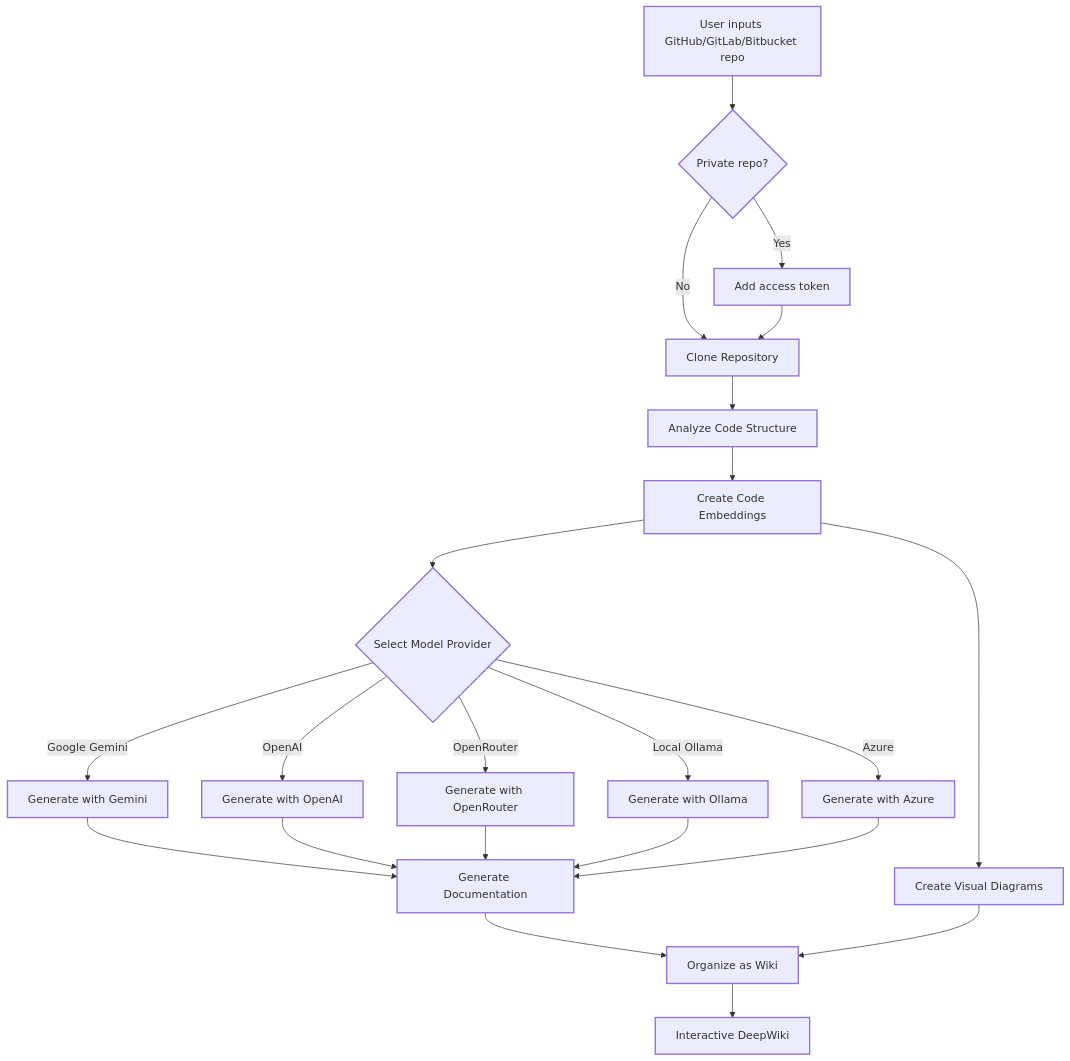
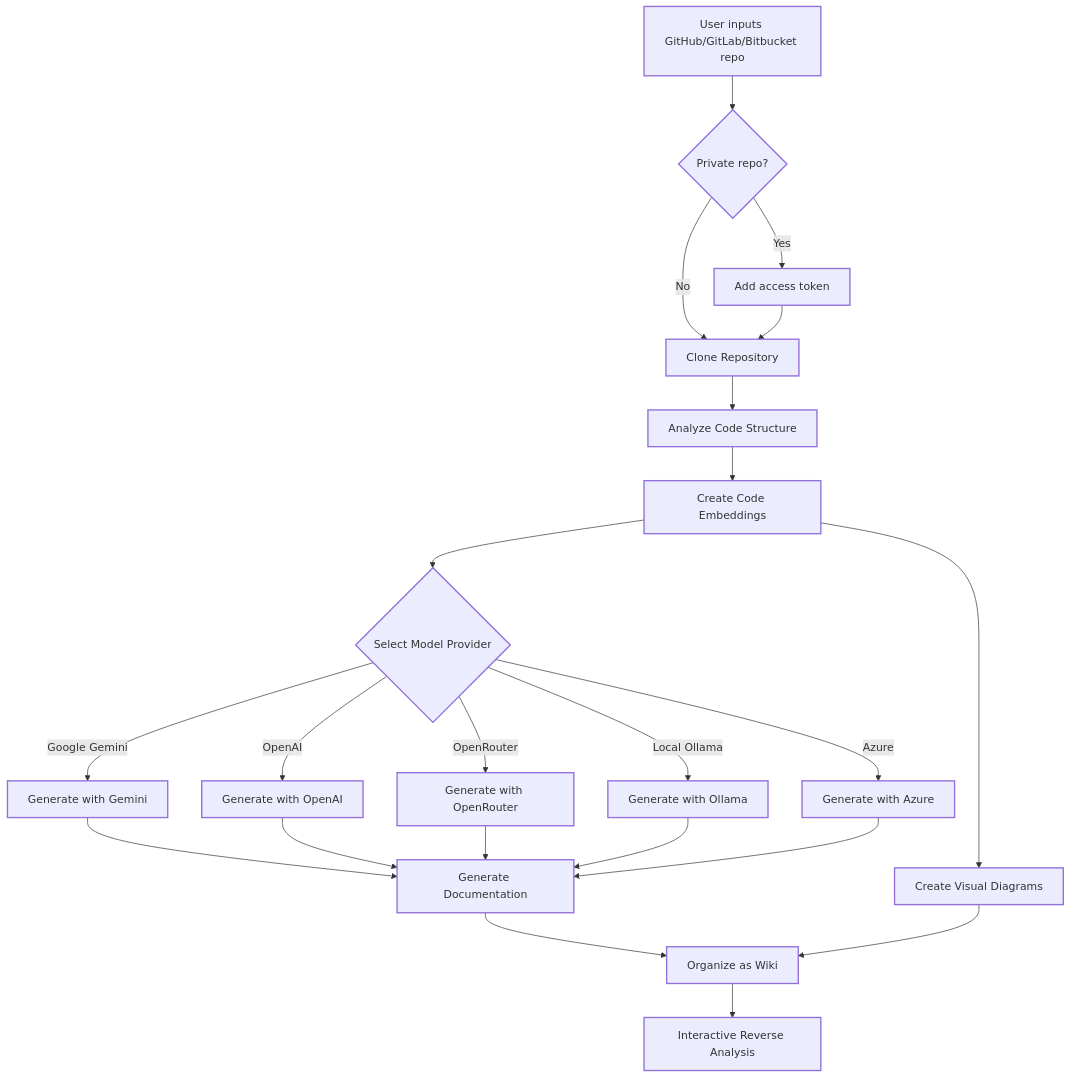
The diagram in README.md (EyaHaddad/ReverseAnalyse), drawn with Mermaid before and after one commit. The commit also changed other lines of this file, not shown here.

````diff
--- a/README.md
+++ b/README.md
@@ -123,37 +115,37 @@
 ```mermaid
 graph TD
     A[User inputs GitHub/GitLab/Bitbucket repo] --> AA{Private repo?}
     AA -->|Yes| AB[Add access token]
     AA -->|No| B[Clone Repository]
     AB --> B
     B --> C[Analyze Code Structure]
     C --> D[Create Code Embeddings]
 
     D --> M{Select Model Provider}
     M -->|Google Gemini| E1[Generate with Gemini]
     M -->|OpenAI| E2[Generate with OpenAI]
     M -->|OpenRouter| E3[Generate with OpenRouter]
     M -->|Local Ollama| E4[Generate with Ollama]
     M -->|Azure| E5[Generate with Azure]
 
     E1 --> E[Generate Documentation]
     E2 --> E
     E3 --> E
     E4 --> E
     E5 --> E
 
     D --> F[Create Visual Diagrams]
     E --> G[Organize as Wiki]
     F --> G
-    G --> H[Interactive DeepWiki]
+    G --> H[Interactive Reverse Analysis]
 
     classDef process stroke-width:2px;
     classDef data stroke-width:2px;
     classDef result stroke-width:2px;
     classDef decision stroke-width:2px;
 
     class A,D data;
     class AA,M decision;
     class B,C,E,F,G,AB,E1,E2,E3,E4,E5 process;
     class H result;
 ```
````
